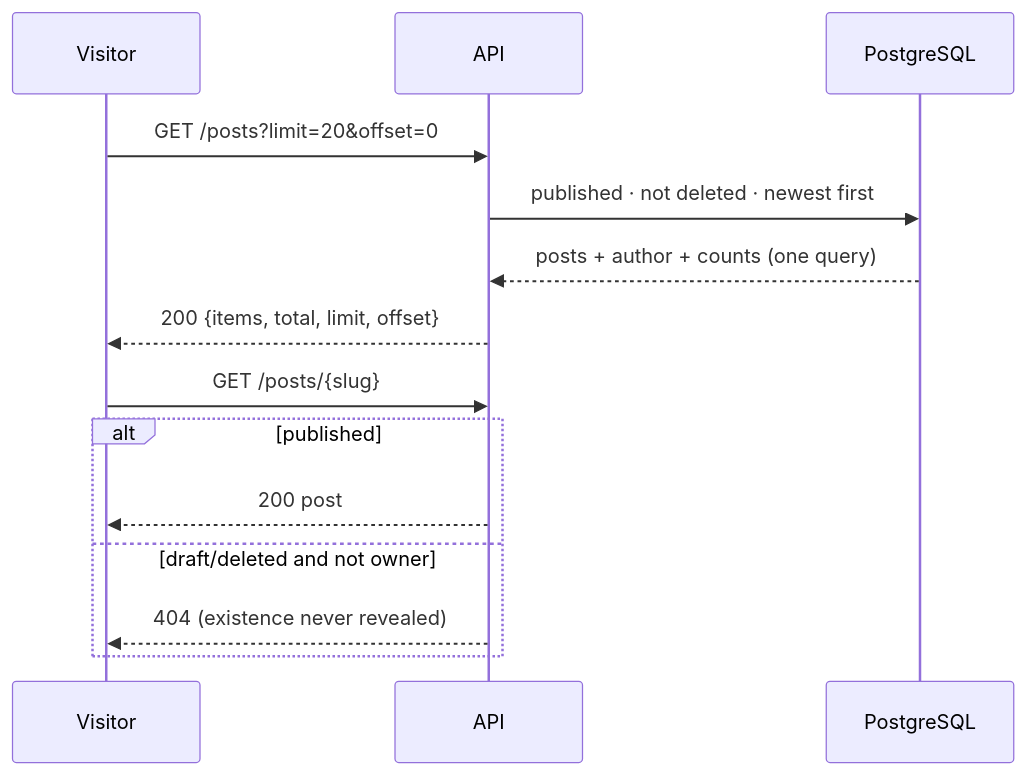
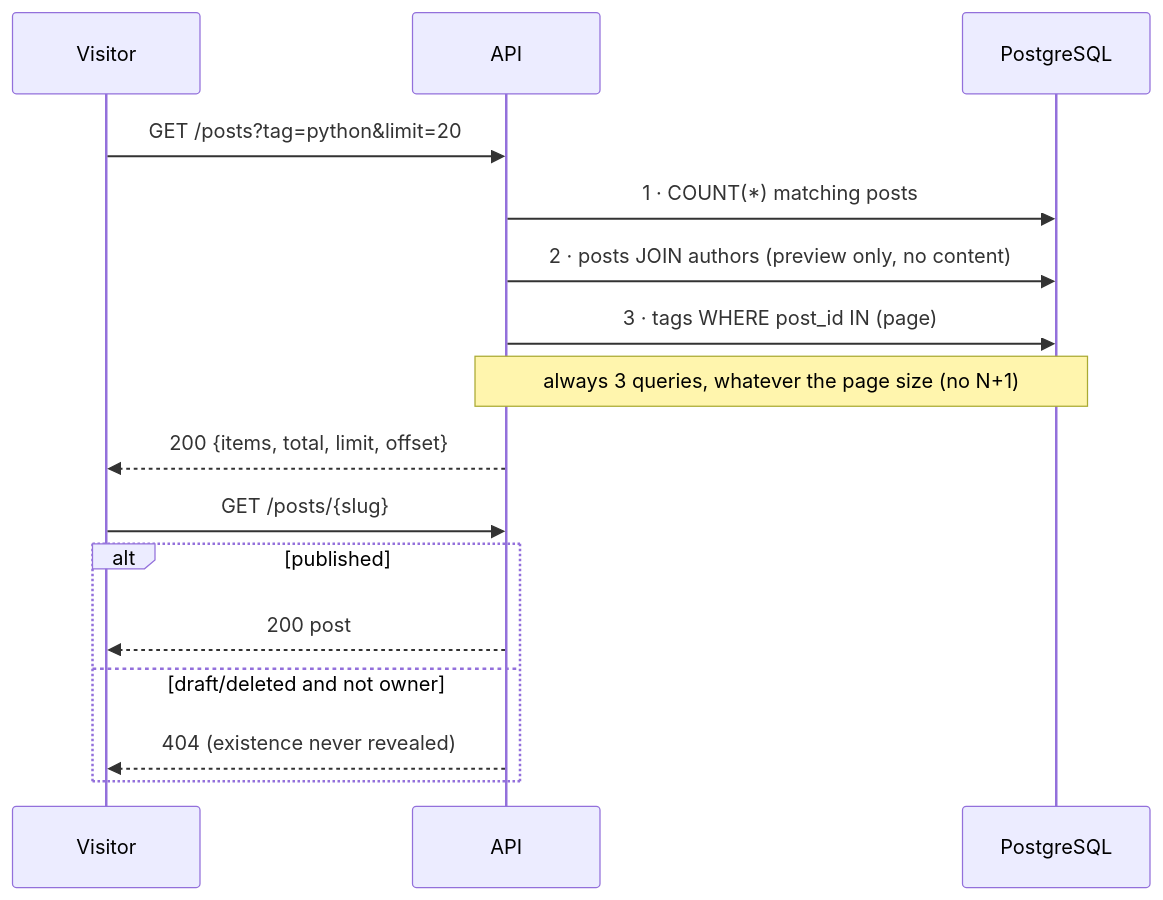
Before and after one commit to mr-laboratory/nebula: the fourth of 13 diagrams in docs/architecture.md, drawn with Mermaid. The commit also changed other lines of this file and 4 other files, not shown here.

Commit message:
docs: document posts, tags and profiles; bump version to 0.4.0

````diff
--- a/docs/architecture.md
+++ b/docs/architecture.md
@@ -58,16 +58,18 @@
 ```mermaid
 sequenceDiagram
     participant V as Visitor
     participant API
     participant DB as PostgreSQL
-    V->>API: GET /posts?limit=20&offset=0
-    API->>DB: published · not deleted · newest first
-    DB-->>API: posts + author + counts (one query)
+    V->>API: GET /posts?tag=python&limit=20
+    API->>DB: 1 · COUNT(*) matching posts
+    API->>DB: 2 · posts JOIN authors (preview only, no content)
+    API->>DB: 3 · tags WHERE post_id IN (page)
+    Note over API,DB: always 3 queries, whatever the page size (no N+1)
     API-->>V: 200 {items, total, limit, offset}
     V->>API: GET /posts/{slug}
     alt published
         API-->>V: 200 post
     else draft/deleted and not owner
         API-->>V: 404 (existence never revealed)
     end
 ```
````
